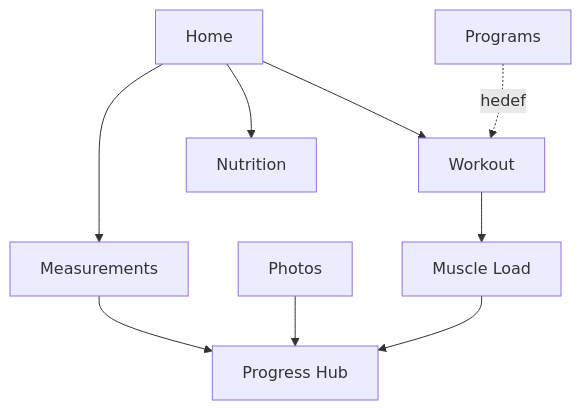
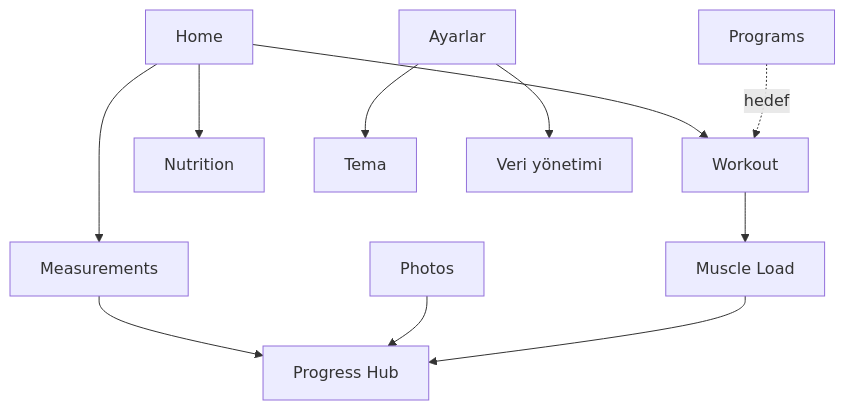
One commit to MehmetKucukOfficial/GymTracker changed the diagram in docs/obsidian/moc/MOC_FEATURES.md. Above: the diagram before and after it, drawn with Mermaid. The commit also changed other lines of this file and 10 other files, not shown here.

Commit message:
docs: map settings and data foundation

````diff
--- a/docs/obsidian/moc/MOC_FEATURES.md
+++ b/docs/obsidian/moc/MOC_FEATURES.md
@@ -24,11 +25,13 @@
 ```mermaid
 flowchart TD
     HOME[Home] --> WORKOUT[Workout]
     HOME --> NUTRITION[Nutrition]
     HOME --> MEASUREMENTS[Measurements]
     WORKOUT --> LOAD[Muscle Load]
     PROGRAMS[Programs] -. hedef .-> WORKOUT
     MEASUREMENTS --> PROGRESS[Progress Hub]
     PHOTOS[Photos] --> PROGRESS
     LOAD --> PROGRESS
+    SETTINGS[Ayarlar] --> THEME[Tema]
+    SETTINGS --> DATA[Veri yönetimi]
 ```
````
